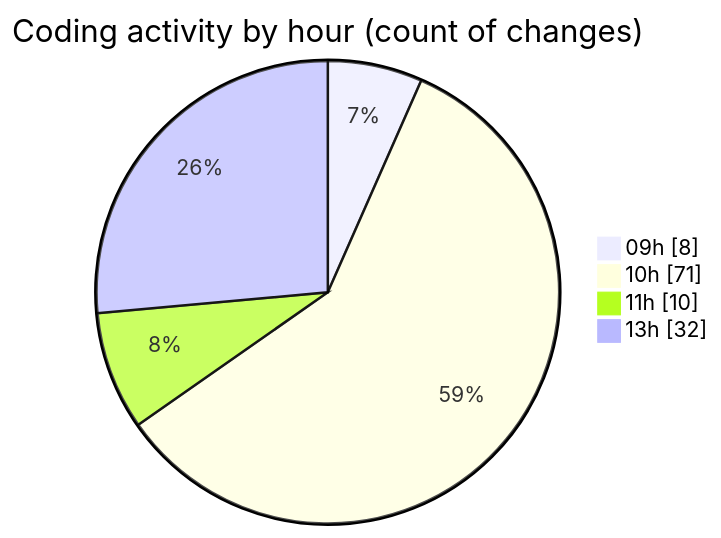
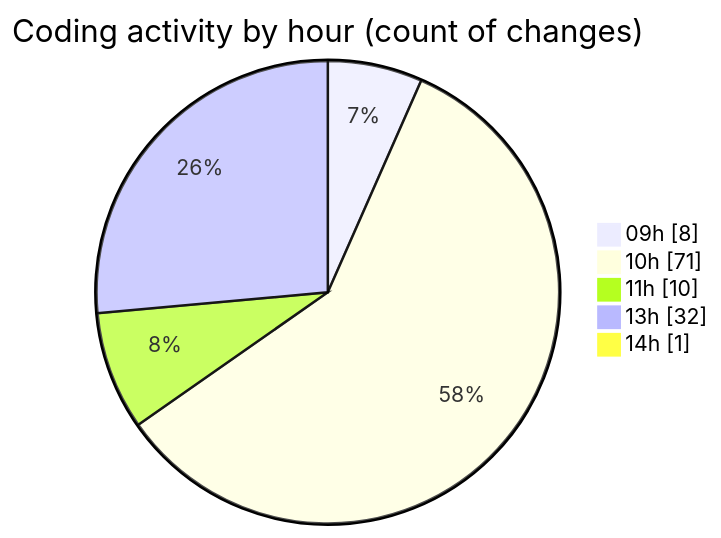
The second of 2 diagrams in 2025-06-03/ecodeli-1/README.md (CELIANVF/code-tracking), drawn with Mermaid before and after one commit. The commit also changed other lines of this file and 1 other file, not shown here.

````diff
--- a/2025-06-03/ecodeli-1/README.md
+++ b/2025-06-03/ecodeli-1/README.md
@@ -73,8 +73,9 @@
 ```mermaid
 pie showData
 title Coding activity by hour (count of changes)
 "09h" : 8
 "10h" : 71
 "11h" : 10
 "13h" : 32
+"14h" : 1
 ```
````
